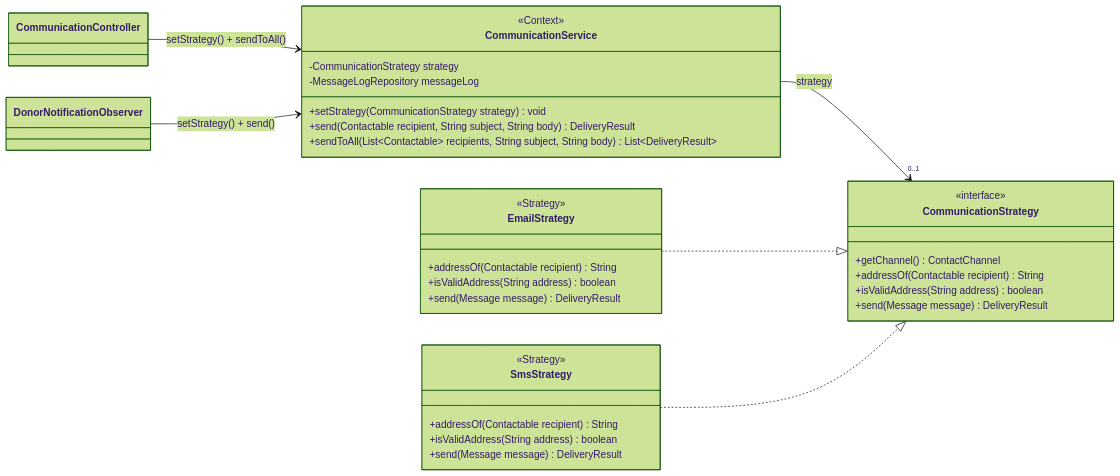
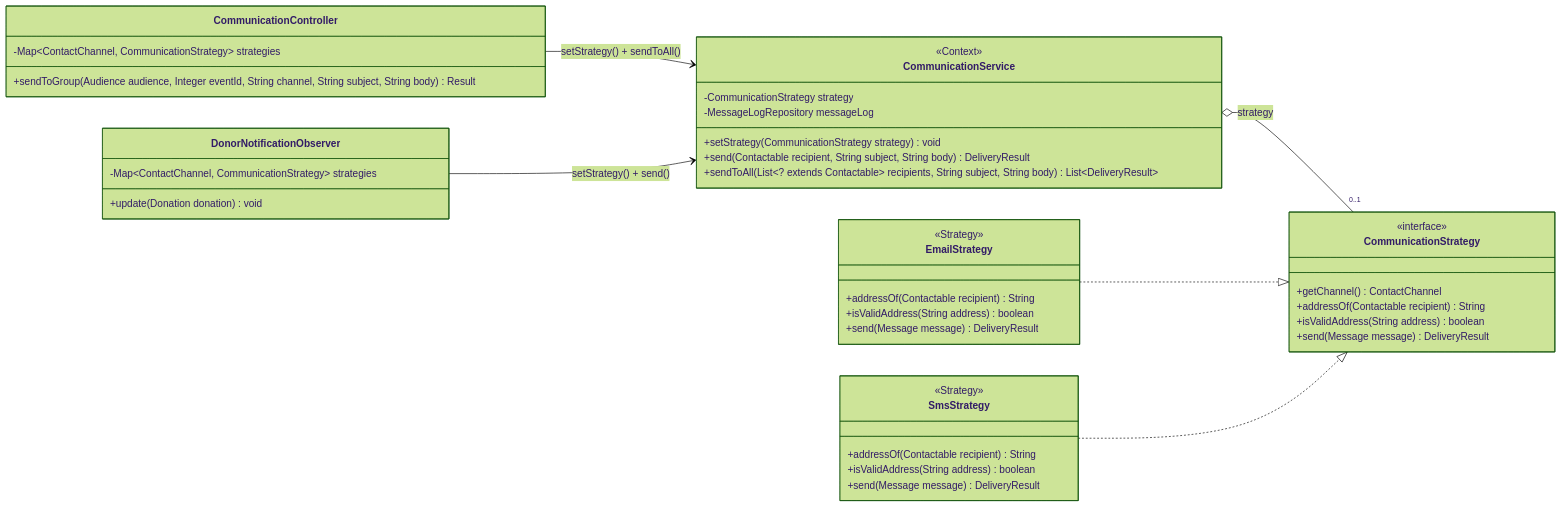
One commit to Abdallah1707/Ripple changed the second of 7 diagrams in docs/class-diagram.md. Above: the diagram before and after it, drawn with Mermaid (forest theme). The commit also changed other lines of this file and 21 other files, not shown here.

````diff
--- a/docs/class-diagram.md
+++ b/docs/class-diagram.md
@@ -931,38 +967,44 @@
 ```mermaid
 classDiagram
 direction LR
 class CommunicationService {
     <<Context>>
     -CommunicationStrategy strategy
     -MessageLogRepository messageLog
     +setStrategy(CommunicationStrategy strategy) void
     +send(Contactable recipient, String subject, String body) DeliveryResult
-    +sendToAll(List~Contactable~ recipients, String subject, String body) List~DeliveryResult~
+    +sendToAll(List~? extends Contactable~ recipients, String subject, String body) List~DeliveryResult~
 }
 class CommunicationStrategy {
     <<interface>>
     +getChannel() ContactChannel
     +addressOf(Contactable recipient) String
     +isValidAddress(String address) boolean
     +send(Message message) DeliveryResult
 }
 class EmailStrategy {
     <<Strategy>>
     +addressOf(Contactable recipient) String
     +isValidAddress(String address) boolean
     +send(Message message) DeliveryResult
 }
 class SmsStrategy {
     <<Strategy>>
     +addressOf(Contactable recipient) String
     +isValidAddress(String address) boolean
     +send(Message message) DeliveryResult
 }
-class CommunicationController
-class DonorNotificationObserver
-CommunicationService --> "0..1" CommunicationStrategy : strategy
+class CommunicationController {
+    -Map~ContactChannel, CommunicationStrategy~ strategies
+    +sendToGroup(Audience audience, Integer eventId, String channel, String subject, String body) Result
+}
+class DonorNotificationObserver {
+    -Map~ContactChannel, CommunicationStrategy~ strategies
+    +update(Donation donation) void
+}
+CommunicationService o-- "0..1" CommunicationStrategy : strategy
 EmailStrategy ..|> CommunicationStrategy
 SmsStrategy ..|> CommunicationStrategy
 CommunicationController --> CommunicationService : setStrategy() + sendToAll()
 DonorNotificationObserver --> CommunicationService : setStrategy() + send()
 ```
````
